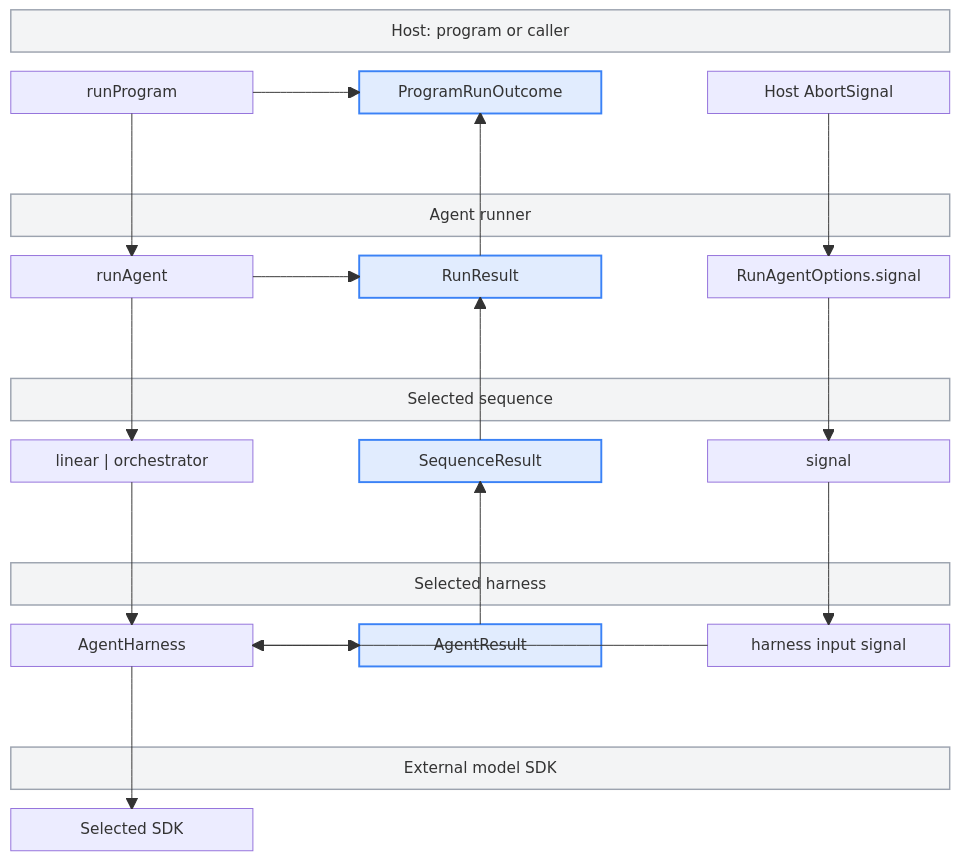
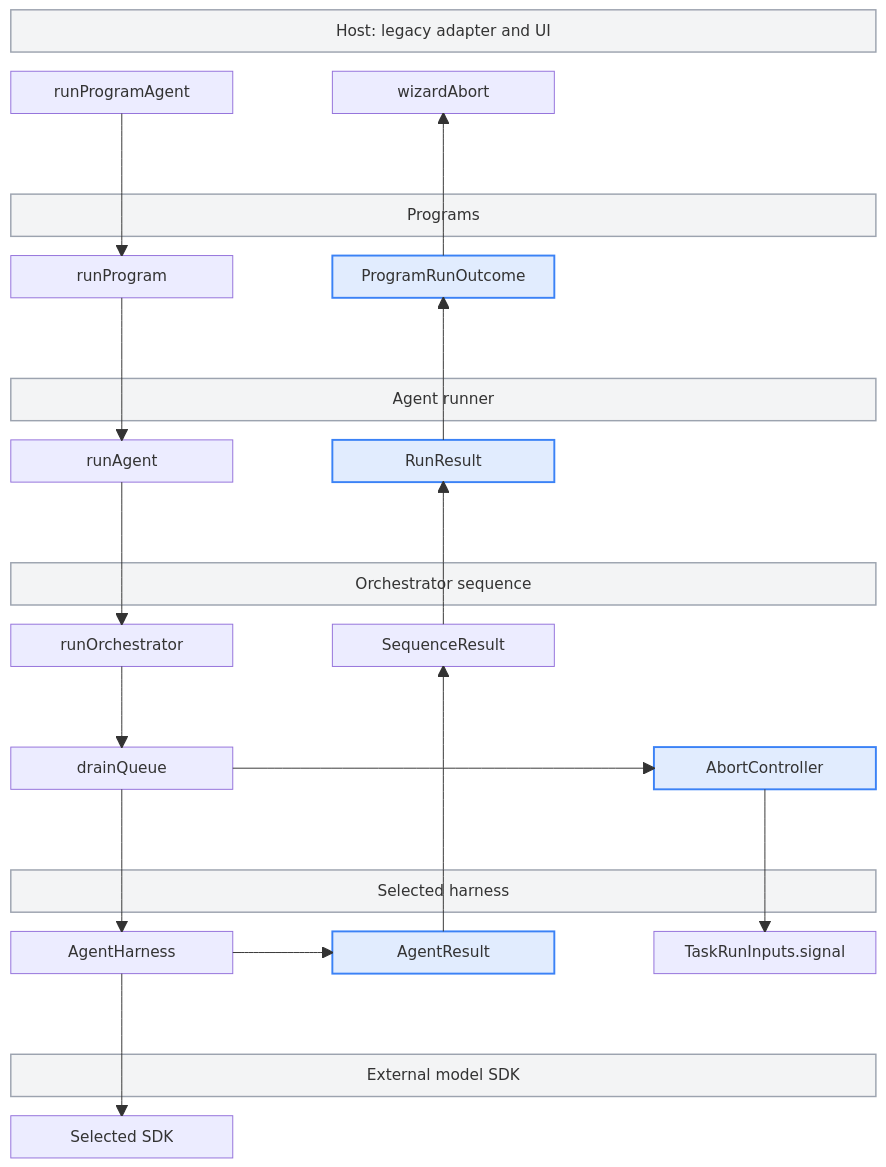
The diagram in src/agent/runner/README.md (PostHog/wizard), drawn with Mermaid before and after one commit. The commit also changed other lines of this file and 15 other files, not shown here.

First line of the commit message:
docs(programs): document runProgram, its host and the agent contracts

````diff
--- a/src/agent/runner/README.md
+++ b/src/agent/runner/README.md
@@ -102,39 +108,43 @@
 ```mermaid
 %%{init: {"block": {"padding": 20}}}%%
 block-beta
   columns 11
-  hostBand["Host: program or caller"]:11
-  runProgram["runProgram"]:3 space:1 programOutcome["ProgramRunOutcome"]:3 space:1 hostSignal["Host AbortSignal"]:3
+  hostBand["Host: legacy adapter and UI"]:11
+  runProgramAgent["runProgramAgent"]:3 space:1 wizardAbort["wizardAbort"]:3 space:4
+  space:11
+  programsBand["Programs"]:11
+  runProgram["runProgram"]:3 space:1 programOutcome["ProgramRunOutcome"]:3 space:4
   space:11
   runnerBand["Agent runner"]:11
-  runAgent["runAgent"]:3 space:1 runResult["RunResult"]:3 space:1 runnerSignal["RunAgentOptions.signal"]:3
+  runAgent["runAgent"]:3 space:1 runResult["RunResult"]:3 space:4
   space:11
-  sequenceBand["Selected sequence"]:11
-  sequence["linear | orchestrator"]:3 space:1 sequenceResult["SequenceResult"]:3 space:1 sequenceSignal["signal"]:3
+  sequenceBand["Orchestrator sequence"]:11
+  runOrchestrator["runOrchestrator"]:3 space:1 sequenceResult["SequenceResult"]:3 space:4
+  space:11
+  drainQueue["drainQueue"]:3 space:5 runAbort["AbortController"]:3
   space:11
   harnessBand["Selected harness"]:11
-  agentHarness["AgentHarness"]:3 space:1 agentResult["AgentResult"]:3 space:1 harnessSignal["harness input signal"]:3
+  agentHarness["AgentHarness"]:3 space:1 agentResult["AgentResult"]:3 space:1 signal["TaskRunInputs.signal"]:3
   space:11
   sdkBand["External model SDK"]:11
   sdk["Selected SDK"]:3 space:8
 
+  runProgramAgent --> runProgram
   runProgram --> runAgent
-  runProgram --> programOutcome
-  runAgent --> sequence
-  runAgent --> runResult
-  sequence --> agentHarness
+  runAgent --> runOrchestrator
+  runOrchestrator --> drainQueue
+  drainQueue --> agentHarness
   agentHarness --> sdk
   agentHarness --> agentResult
   agentResult --> sequenceResult
   sequenceResult --> runResult
   runResult --> programOutcome
-  hostSignal --> runnerSignal
-  runnerSignal --> sequenceSignal
-  sequenceSignal --> harnessSignal
-  harnessSignal --> agentHarness
+  programOutcome --> wizardAbort
+  drainQueue --> runAbort
+  runAbort --> signal
 
   classDef owner fill:#9ca3af1f,stroke:#9ca3af,stroke-width:1.5px
-  classDef contract fill:#3b82f626,stroke:#3b82f6,stroke-width:2px
-  class hostBand,runnerBand,sequenceBand,harnessBand,sdkBand owner
-  class programOutcome,runResult,sequenceResult,agentResult contract
+  classDef changed fill:#3b82f626,stroke:#3b82f6,stroke-width:2px
+  class hostBand,programsBand,runnerBand,sequenceBand,harnessBand,sdkBand owner
+  class programOutcome,runResult,agentResult,runAbort changed
 ```
````
